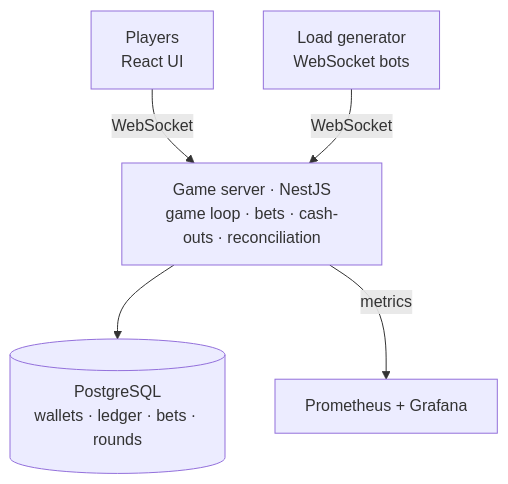
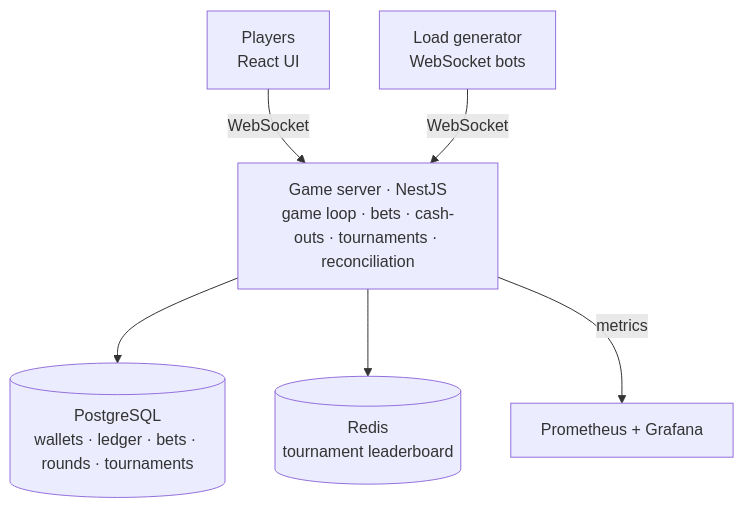
One commit to vladislv31/crash-game-pet-project changed the diagram in README.md. Above: the diagram before and after it, drawn with Mermaid. The commit also changed other lines of this file and 54 other files, not shown here.

````diff
--- a/README.md
+++ b/README.md
@@ -21,8 +22,9 @@
 ```mermaid
 flowchart TB
   players["Players<br/>React UI"] -- WebSocket --> server
   bots["Load generator<br/>WebSocket bots"] -- WebSocket --> server
-  server["Game server · NestJS<br/>game loop · bets · cash-outs · reconciliation"]
-  server --> pg[("PostgreSQL<br/>wallets · ledger · bets · rounds")]
+  server["Game server · NestJS<br/>game loop · bets · cash-outs · tournaments · reconciliation"]
+  server --> pg[("PostgreSQL<br/>wallets · ledger · bets · rounds · tournaments")]
+  server --> redis[("Redis<br/>tournament leaderboard")]
   server -- metrics --> monitoring["Prometheus + Grafana"]
 ```
````
